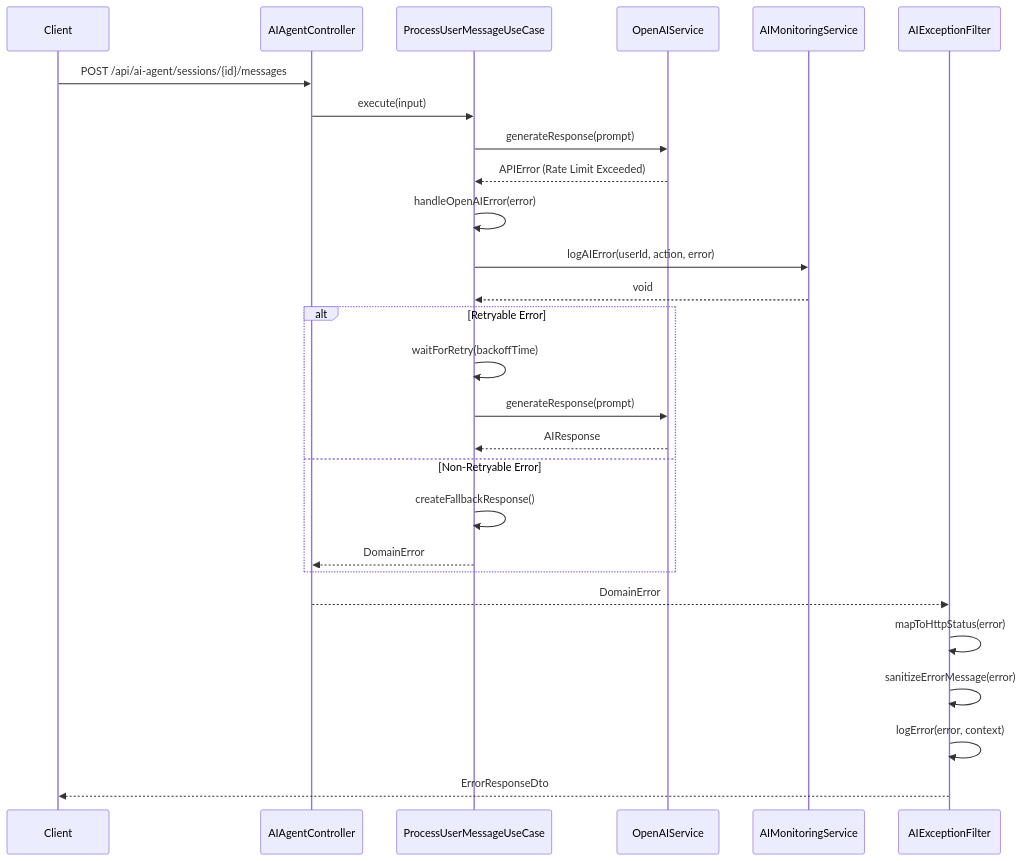
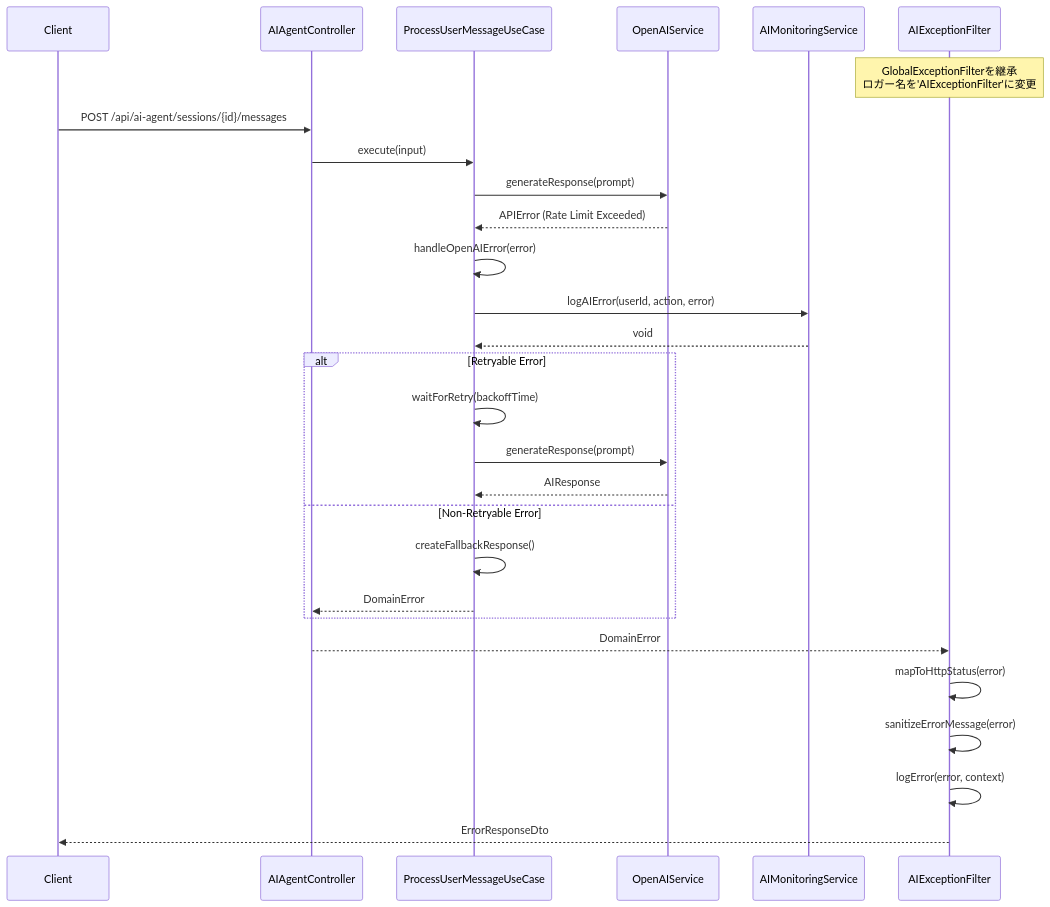
Before and after one commit to toshikazuyokoi/process-todo-poc: the fifth of 6 diagrams in docs/ver1.2/ai_agent_sequence_diagram.md, drawn with Mermaid. The commit also changed other lines of this file and 51 other files, not shown here.

````diff
--- a/docs/ver1.2/ai_agent_sequence_diagram.md
+++ b/docs/ver1.2/ai_agent_sequence_diagram.md
@@ -229,34 +229,36 @@
 ```mermaid
 sequenceDiagram
     participant Client
     participant Controller as AIAgentController
     participant UseCase as ProcessUserMessageUseCase
     participant OpenAI as OpenAIService
     participant Monitoring as AIMonitoringService
     participant ExceptionFilter as AIExceptionFilter
+    
+    Note over ExceptionFilter: GlobalExceptionFilterを継承<br/>ロガー名を'AIExceptionFilter'に変更
     
     Client->>Controller: POST /api/ai-agent/sessions/{id}/messages
     Controller->>UseCase: execute(input)
     
     UseCase->>OpenAI: generateResponse(prompt)
     OpenAI-->>UseCase: APIError (Rate Limit Exceeded)
     
     UseCase->>UseCase: handleOpenAIError(error)
     UseCase->>Monitoring: logAIError(userId, action, error)
     Monitoring-->>UseCase: void
     
     alt Retryable Error
         UseCase->>UseCase: waitForRetry(backoffTime)
         UseCase->>OpenAI: generateResponse(prompt)
         OpenAI-->>UseCase: AIResponse
     else Non-Retryable Error
         UseCase->>UseCase: createFallbackResponse()
         UseCase-->>Controller: DomainError
     end
     
     Controller-->>ExceptionFilter: DomainError
     ExceptionFilter->>ExceptionFilter: mapToHttpStatus(error)
     ExceptionFilter->>ExceptionFilter: sanitizeErrorMessage(error)
     ExceptionFilter->>ExceptionFilter: logError(error, context)
     ExceptionFilter-->>Client: ErrorResponseDto
 ```
````
